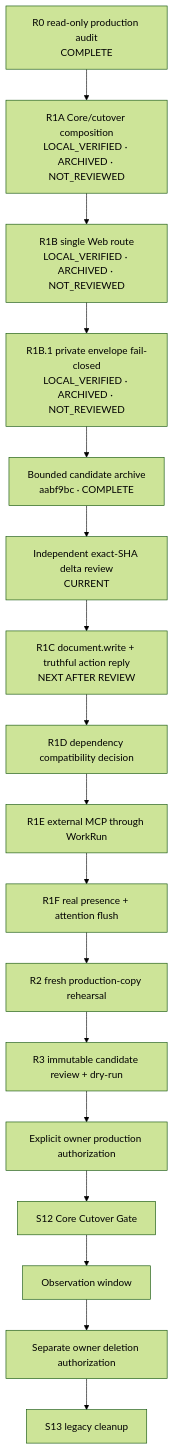
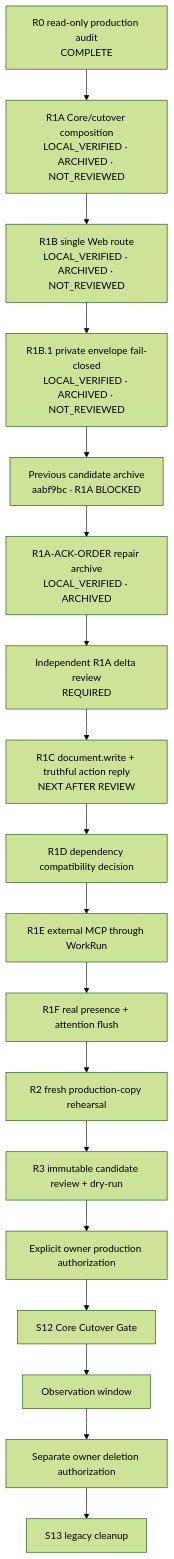
The diagram in docs/governance/s12-readiness-topology.md (F-crystal/ran-agent), drawn with Mermaid (forest theme) before and after one commit. The commit also changed other lines of this file and 8 other files, not shown here.

````diff
--- a/docs/governance/s12-readiness-topology.md
+++ b/docs/governance/s12-readiness-topology.md
@@ -39,19 +39,20 @@
 ```mermaid
 flowchart TD
     R0["R0 read-only production audit<br/>COMPLETE"] --> R1A["R1A Core/cutover composition<br/>LOCAL_VERIFIED · ARCHIVED · NOT_REVIEWED"]
     R1A --> R1B["R1B single Web route<br/>LOCAL_VERIFIED · ARCHIVED · NOT_REVIEWED"]
     R1B --> R1B1["R1B.1 private envelope fail-closed<br/>LOCAL_VERIFIED · ARCHIVED · NOT_REVIEWED"]
-    R1B1 --> RA["Bounded candidate archive<br/>aabf9bc · COMPLETE"]
-    RA --> RI["Independent exact-SHA delta review<br/>CURRENT"]
+    R1B1 --> RA["Previous candidate archive<br/>aabf9bc · R1A BLOCKED"]
+    RA --> RF["R1A-ACK-ORDER repair archive<br/>LOCAL_VERIFIED · ARCHIVED"]
+    RF --> RI["Independent R1A delta review<br/>REQUIRED"]
     RI --> R1C["R1C document.write + truthful action reply<br/>NEXT AFTER REVIEW"]
     R1C --> R1D["R1D dependency compatibility decision"]
     R1D --> R1E["R1E external MCP through WorkRun"]
     R1E --> R1F["R1F real presence + attention flush"]
     R1F --> R2["R2 fresh production-copy rehearsal"]
     R2 --> R3["R3 immutable candidate review + dry-run"]
     R3 --> OA["Explicit owner production authorization"]
     OA --> S12["S12 Core Cutover Gate"]
     S12 --> OBS["Observation window"]
     OBS --> DA["Separate owner deletion authorization"]
     DA --> S13["S13 legacy cleanup"]
 ```
````
